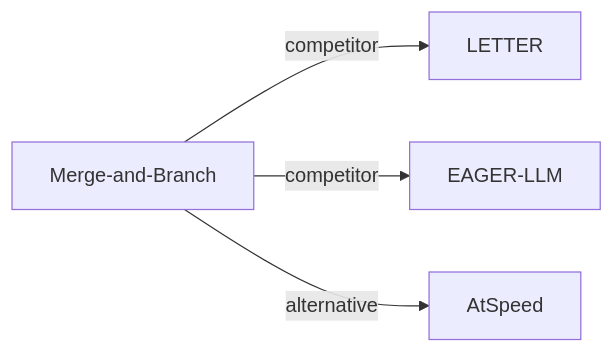
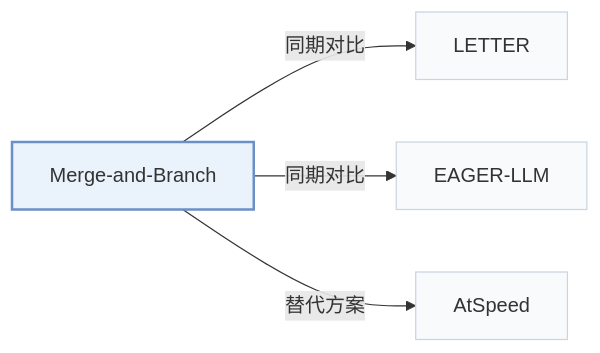
Before and after one commit to Galaxy-ghost/Awesome-SID-Generative-Rec: the second of 2 diagrams in pages/zh/papers/merge-and-branch.md, drawn with Mermaid. The commit also changed other lines of this file and 649 other files, not shown here.

Commit message:
writer-05: also tags and modality index (schema, check, build, visuals); summary field removed; calibration data for 12 papers

````diff
--- a/pages/zh/papers/merge-and-branch.md
+++ b/pages/zh/papers/merge-and-branch.md
@@ -68,7 +74,11 @@
 ```mermaid
 flowchart LR
     P["Merge-and-Branch"]
-    P -->|competitor| A["LETTER"]
-    P -->|competitor| B["EAGER-LLM"]
-    P -->|alternative| C["AtSpeed"]
+    P -->|"同期对比"| A["LETTER"]
+    P -->|"同期对比"| B["EAGER-LLM"]
+    P -->|"替代方案"| C["AtSpeed"]
+    classDef main fill:#eaf2fb,stroke:#6b8fc7,stroke-width:2px
+    classDef peer fill:#f8fafc,stroke:#cbd5e1
+    class P main
+    class A,B,C peer
 ```
````
